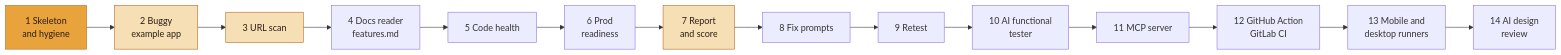
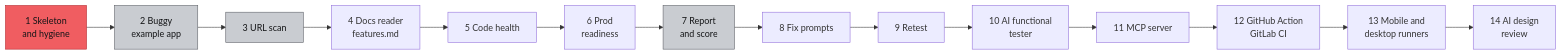
One commit to deepbratt/TEA changed the ninth of 9 diagrams in README.md. Above: the diagram before and after it, drawn with Mermaid. The commit also changed other lines of this file and 21 other files, not shown here.

````diff
--- a/README.md
+++ b/README.md
@@ -514,8 +514,8 @@
 ```mermaid
 flowchart LR
     S1[1 Skeleton<br/>and hygiene]:::doing --> S2[2 Buggy<br/>example app]:::part --> S3[3 URL scan]:::part --> S4[4 Docs reader<br/>features.md] --> S5[5 Code health]
     S5 --> S6[6 Prod<br/>readiness] --> S7[7 Report<br/>and score]:::part --> S8[8 Fix prompts] --> S9[9 Retest] --> S10[10 AI functional<br/>tester]
     S10 --> S11[11 MCP server] --> S12[12 GitHub Action<br/>GitLab CI] --> S13[13 Mobile and<br/>desktop runners] --> S14[14 AI design<br/>review]
-    classDef doing fill:#e8a33d,stroke:#b5651d,color:#2b1d12
-    classDef part fill:#f6dfb5,stroke:#b5651d,color:#2b1d12
+    classDef doing fill:#f05d61,stroke:#b3262c,color:#141517
+    classDef part fill:#c9ccd1,stroke:#5c5f66,color:#141517
 ```
````
